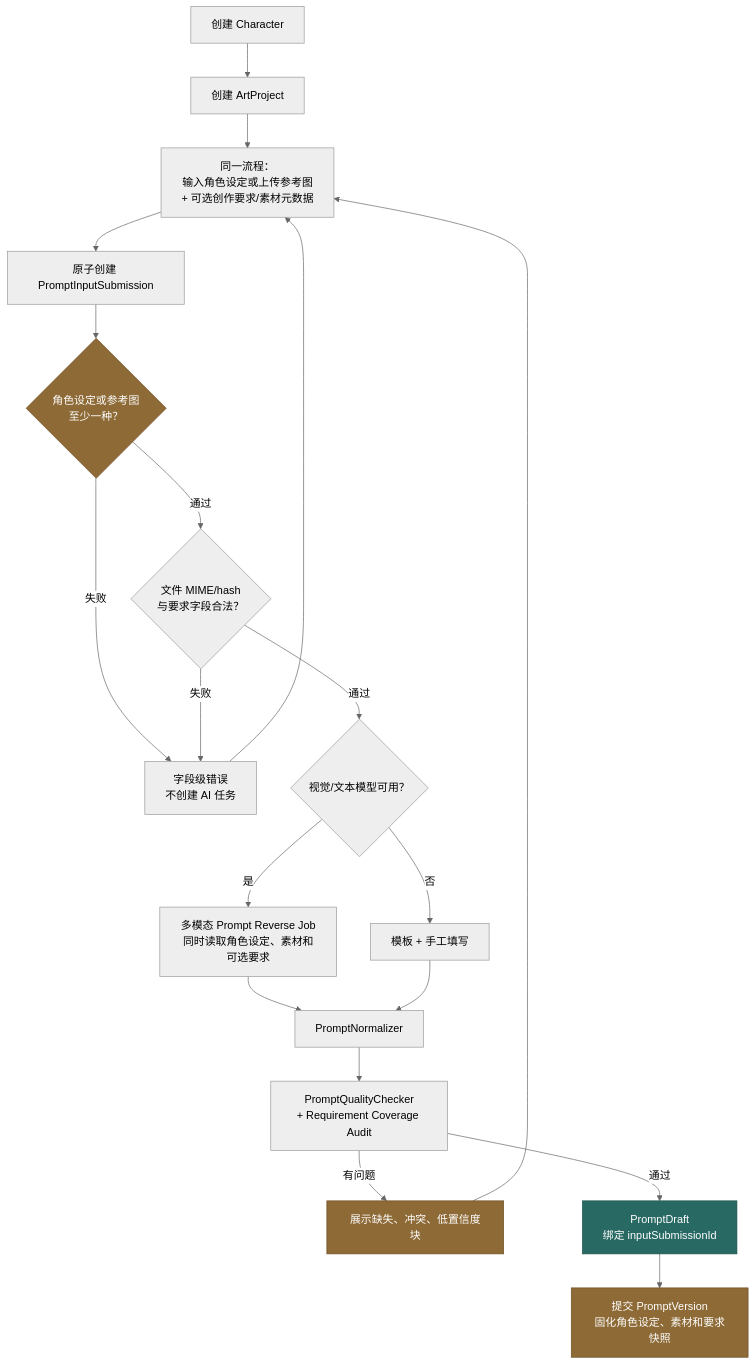
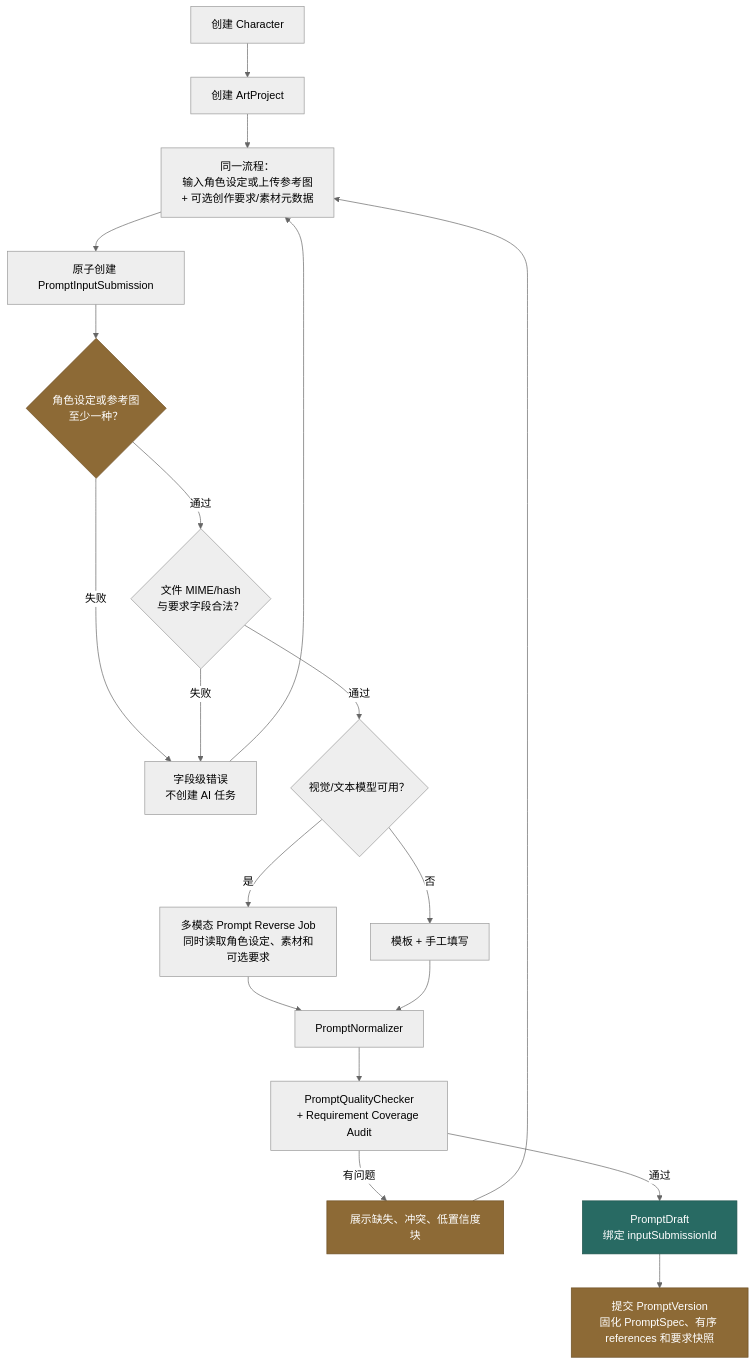
Before and after one commit to fupingyezi/agent2live: the second of 21 diagrams in docs/architecture/2026-11-08-stage-workflows.md, drawn with Mermaid (neutral theme). The commit also changed other lines of this file and 3 other files, not shown here.

Commit message:
docs: update architecture docs

````diff
--- a/docs/architecture/2026-11-08-stage-workflows.md
+++ b/docs/architecture/2026-11-08-stage-workflows.md
@@ -58,26 +58,26 @@
 ```mermaid
 flowchart TD
   A["创建 Character"] --> B["创建 ArtProject"]
   B --> C["同一流程：<br/>输入角色设定或上传参考图<br/>+ 可选创作要求/素材元数据"]
   C --> D["原子创建 PromptInputSubmission"]
   D --> E{"角色设定或参考图<br/>至少一种？"}
   E -->|失败| E1["字段级错误<br/>不创建 AI 任务"]
   E1 --> C
   E -->|通过| E2{"文件 MIME/hash<br/>与要求字段合法？"}
   E2 -->|失败| E1
   E2 -->|通过| F{"视觉/文本模型可用？"}
   F -->|是| G["多模态 Prompt Reverse Job<br/>同时读取角色设定、素材和可选要求"]
   F -->|否| H["模板 + 手工填写"]
   G --> I["PromptNormalizer"]
   H --> I
   I --> J["PromptQualityChecker<br/>+ Requirement Coverage Audit"]
   J -->|有问题| K["展示缺失、冲突、低置信度块"]
   K --> C
   J -->|通过| L["PromptDraft<br/>绑定 inputSubmissionId"]
-  L --> M["提交 PromptVersion<br/>固化角色设定、素材和要求快照"]
+  L --> M["提交 PromptVersion<br/>固化 PromptSpec、有序 references 和要求快照"]
 
   classDef gate fill:#8d6a36,color:#fff,stroke:#6d4f24;
   classDef artifact fill:#286a63,color:#fff,stroke:#1d514b;
   class E,K,M gate;
   class L artifact;
 ```
````
